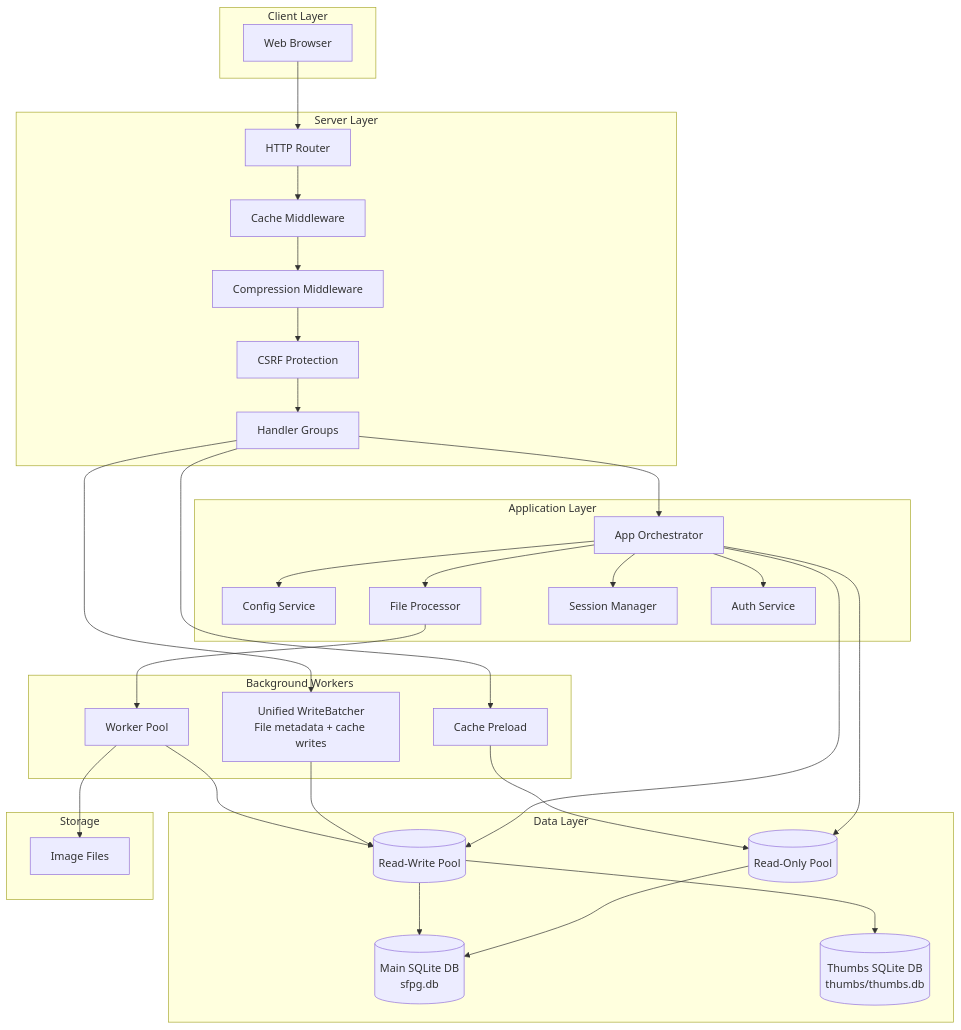
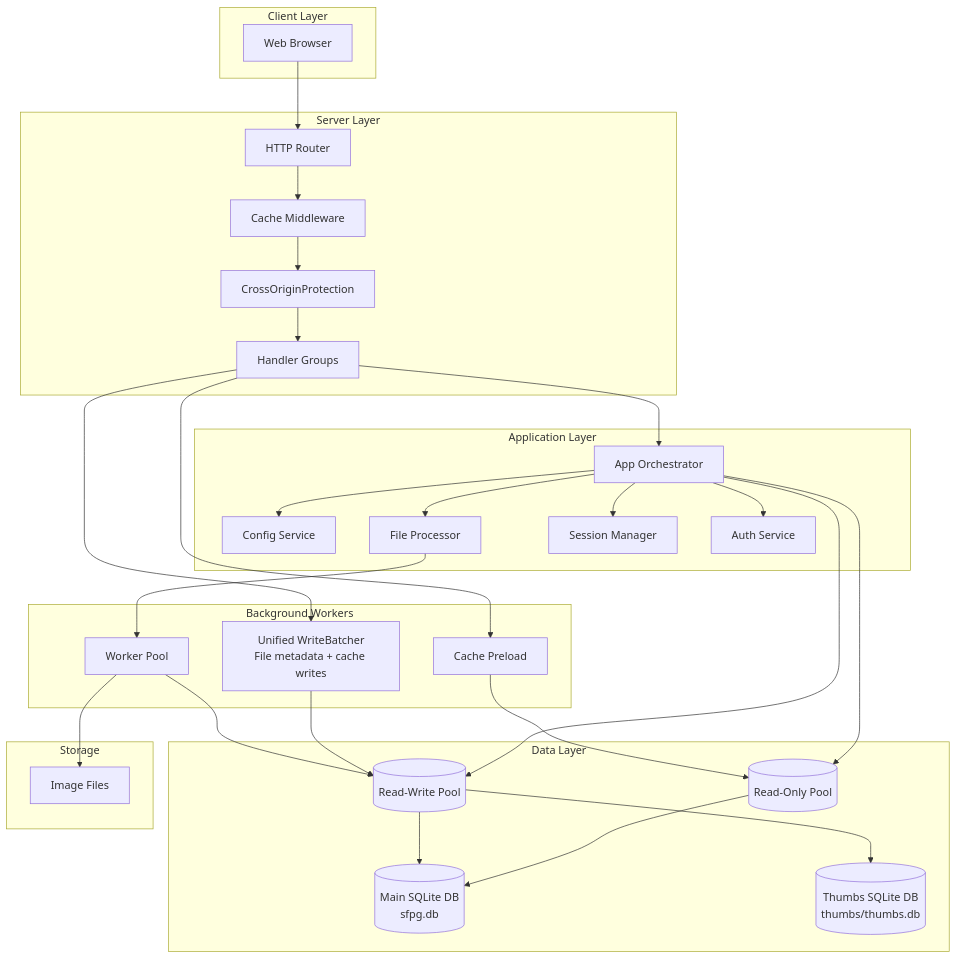
Before and after one commit to lbe/sfpg-go: the first of 9 diagrams in docs/diagrams/ARCHITECTURE_DIAGRAMS.md, drawn with Mermaid. The commit also changed other lines of this file and 247 other files, not shown here.

````diff
--- a/docs/diagrams/ARCHITECTURE_DIAGRAMS.md
+++ b/docs/diagrams/ARCHITECTURE_DIAGRAMS.md
@@ -25,66 +25,64 @@
 ```mermaid
 graph TB
     subgraph "Client Layer"
         Browser[Web Browser]
     end
 
     subgraph "Server Layer"
         Router[HTTP Router]
         CacheMW[Cache Middleware]
-        CompressMW[Compression Middleware]
-        CSRFMW[CSRF Protection]
+        COPMW[CrossOriginProtection]
         Handlers[Handler Groups]
     end
 
     subgraph "Application Layer"
         App[App Orchestrator]
         ConfigSvc[Config Service]
         FileProc[File Processor]
         SessionMgr[Session Manager]
         AuthSvc[Auth Service]
     end
 
     subgraph "Data Layer"
         MainDB[(Main SQLite DB<br/>sfpg.db)]
         ThumbsDB[(Thumbs SQLite DB<br/>thumbs/thumbs.db)]
         ROConn[(Read-Only Pool)]
         RWConn[(Read-Write Pool)]
     end
 
     subgraph "Background Workers"
         Pool[Worker Pool]
         WriteBatcher[Unified WriteBatcher<br/>File metadata + cache writes]
         Preload[Cache Preload]
     end
 
     subgraph "Storage"
         FileSystem[Image Files]
     end
 
     Browser --> Router
     Router --> CacheMW
-    CacheMW --> CompressMW
-    CompressMW --> CSRFMW
-    CSRFMW --> Handlers
+    CacheMW --> COPMW
+    COPMW --> Handlers
 
     Handlers --> App
     App --> ConfigSvc
     App --> FileProc
     App --> SessionMgr
     App --> AuthSvc
 
     App --> ROConn
     App --> RWConn
     ROConn --> MainDB
     RWConn --> MainDB
     RWConn --> ThumbsDB
 
     Handlers --> WriteBatcher
     WriteBatcher --> RWConn
     Handlers --> Preload
     Preload --> ROConn
 
     FileProc --> Pool
     Pool --> FileSystem
     Pool --> RWConn
 ```
````
